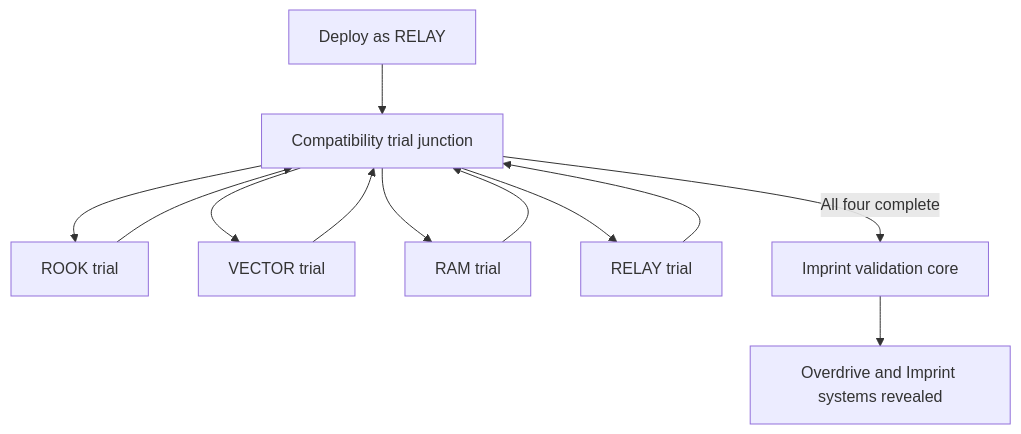
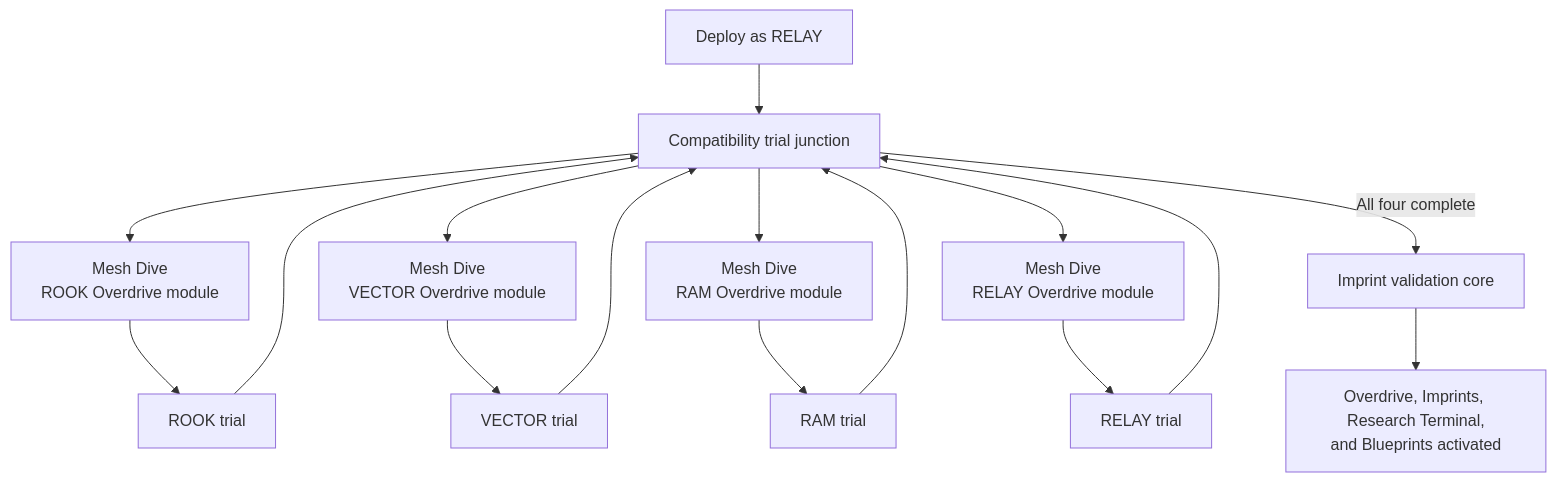
The diagram in missions/m05.md (justgook/imprint-zero), drawn with Mermaid before and after one commit. The commit also changed other lines of this file and 40 other files, not shown here.

Commit message:
📝(crew): define RELAY - improve the relay and Mesh Dive

````diff
--- a/missions/m05.md
+++ b/missions/m05.md
@@ -18,14 +18,18 @@
 ```mermaid
 flowchart TD
     Entry[Deploy as RELAY] --> Hub[Compatibility trial junction]
-    Hub --> Rook[ROOK trial]
-    Hub --> Vector[VECTOR trial]
-    Hub --> Ram[RAM trial]
-    Hub --> Relay[RELAY trial]
+    Hub --> RookAccess[Mesh Dive<br/>ROOK Overdrive module]
+    Hub --> VectorAccess[Mesh Dive<br/>VECTOR Overdrive module]
+    Hub --> RamAccess[Mesh Dive<br/>RAM Overdrive module]
+    Hub --> RelayAccess[Mesh Dive<br/>RELAY Overdrive module]
+    RookAccess --> Rook[ROOK trial]
+    VectorAccess --> Vector[VECTOR trial]
+    RamAccess --> Ram[RAM trial]
+    RelayAccess --> Relay[RELAY trial]
     Rook --> Hub
     Vector --> Hub
     Ram --> Hub
     Relay --> Hub
     Hub -->|All four complete| Core[Imprint validation core]
-    Core --> Unlock[Overdrive and Imprint systems revealed]
+    Core --> Unlock[Overdrive, Imprints, Research Terminal,<br/>and Blueprints activated]
 ```
````
